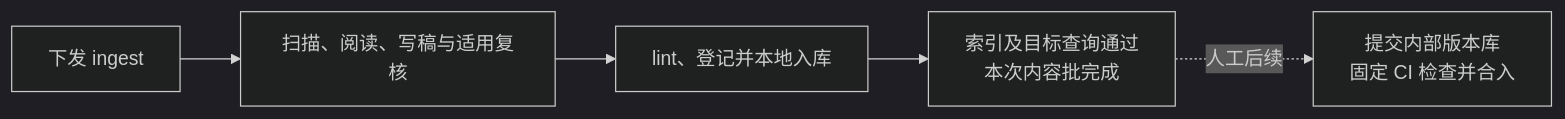
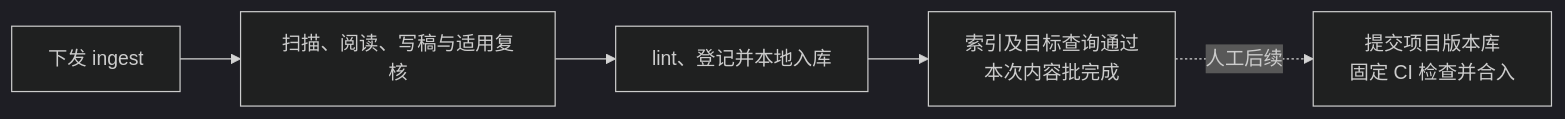
The diagram in aiotbot-knowledge-wifi-mp/docs-llm-wiki/使用说明.md (Robin-hhc/FactumCore), drawn with Mermaid (dark theme) before and after one commit. The commit also changed other lines of this file and 21 other files, not shown here.

````diff
--- a/aiotbot-knowledge-wifi-mp/docs-llm-wiki/使用说明.md
+++ b/aiotbot-knowledge-wifi-mp/docs-llm-wiki/使用说明.md
@@ -203,7 +203,7 @@
 ```mermaid
 flowchart LR
     A["下发 ingest"] --> B["扫描、阅读、写稿与适用复核"]
     B --> C["lint、登记并本地入库"]
     C --> D["索引及目标查询通过<br/>本次内容批完成"]
-    D -. "人工后续" .-> E["提交内部版本库<br/>固定 CI 检查并合入"]
+    D -. "人工后续" .-> E["提交项目版本库<br/>固定 CI 检查并合入"]
 ```
````
